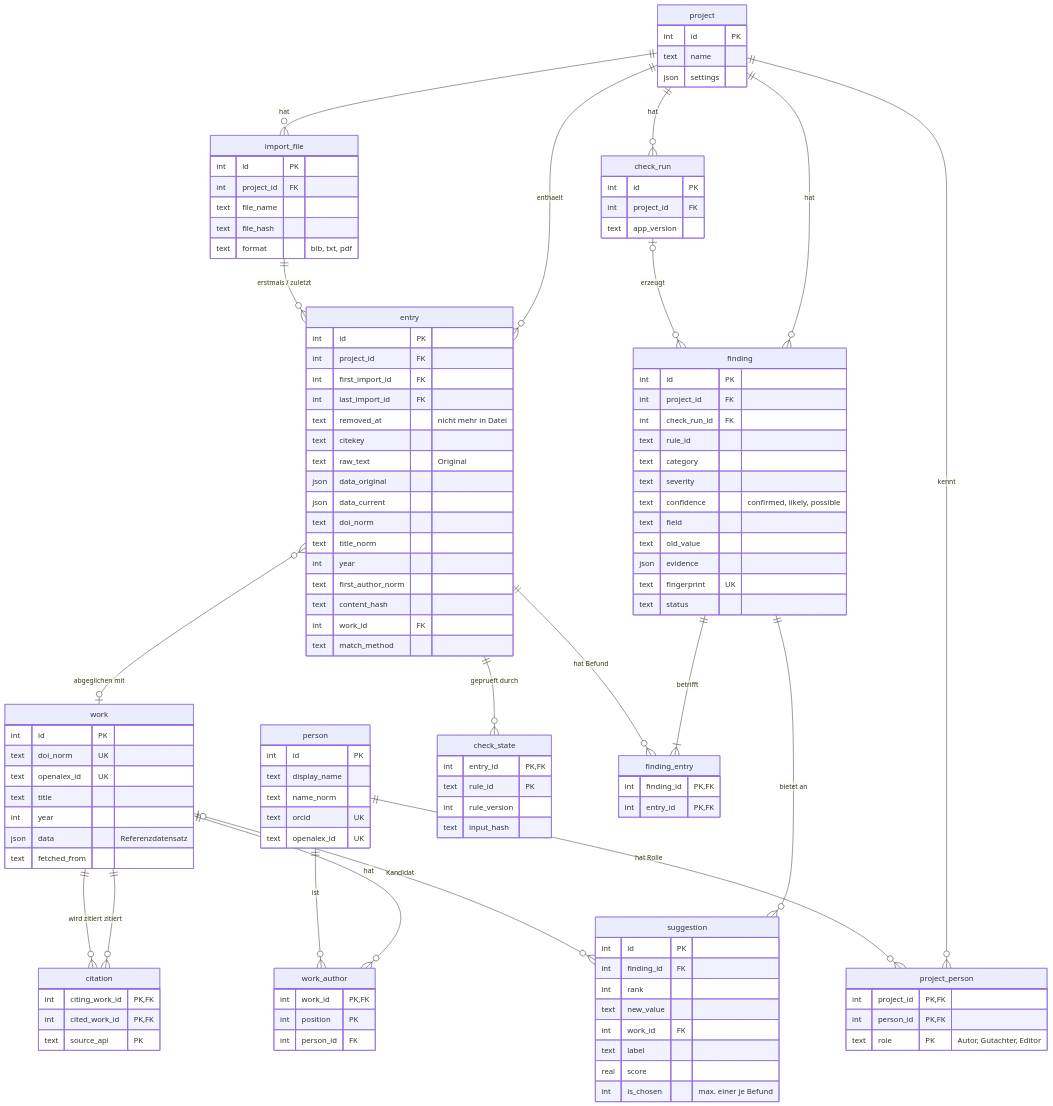
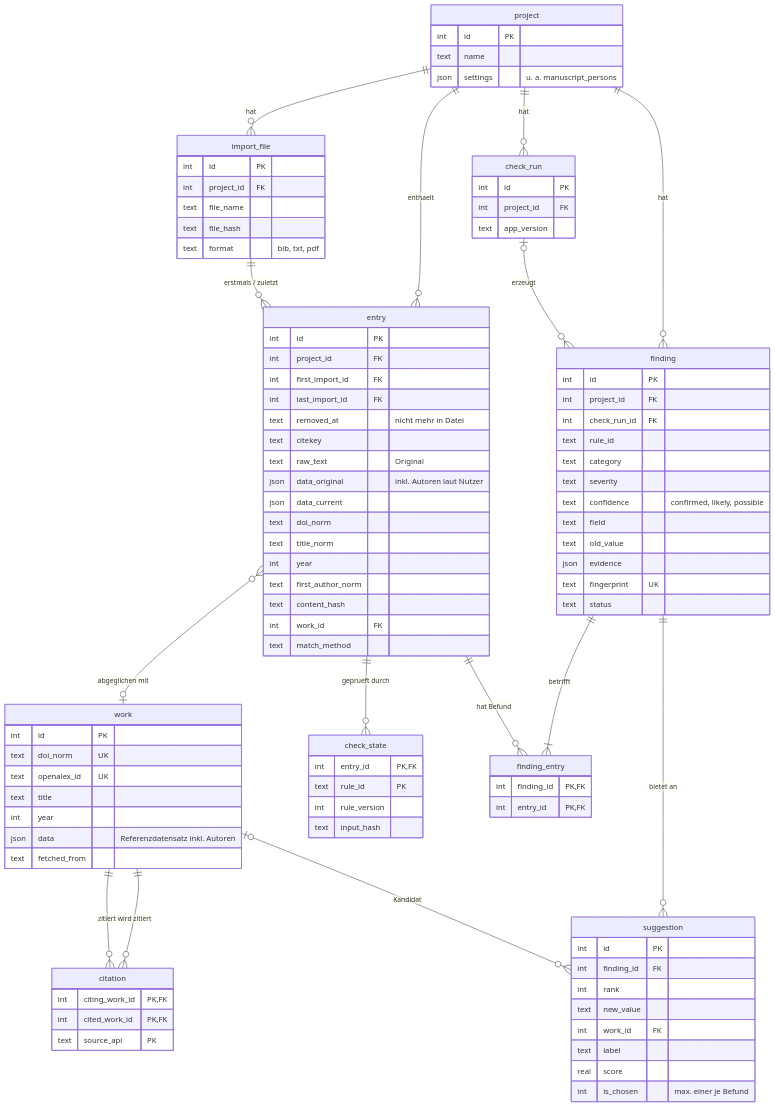
The second of 2 diagrams in README.md (DHBW-BOBR/BOBR), drawn with Mermaid before and after one commit.

Commit message:
Refactor database schema in README
Removed unnecessary relationships and clarified JSON fields in the database schema.

```diff
--- a/README.md
+++ b/README.md
@@ -139,12 +139,8 @@
   project ||--o{ entry : "enthaelt"
   import_file ||--o{ entry : "erstmals / zuletzt"
   entry }o--o| work : "abgeglichen mit"
-  work ||--o{ work_author : "hat"
-  person ||--o{ work_author : "ist"
   work ||--o{ citation : "zitiert"
   work ||--o{ citation : "wird zitiert"
-  project ||--o{ project_person : "kennt"
-  person ||--o{ project_person : "hat Rolle"
   project ||--o{ check_run : "hat"
   entry ||--o{ check_state : "geprueft durch"
   project ||--o{ finding : "hat"
@@ -156,7 +152,7 @@
   project {
     int id PK
     text name
-    json settings
+    json settings "u. a. manuscript_persons"
   }
   import_file {
     int id PK
@@ -173,7 +169,7 @@
     text removed_at "nicht mehr in Datei"
     text citekey
     text raw_text "Original"
-    json data_original
+    json data_original "inkl. Autoren laut Nutzer"
     json data_current
     text doi_norm
     text title_norm
@@ -189,30 +185,13 @@
     text openalex_id UK
     text title
     int year
-    json data "Referenzdatensatz"
+    json data "Referenzdatensatz inkl. Autoren"
     text fetched_from
-  }
-  person {
-    int id PK
-    text display_name
-    text name_norm
-    text orcid UK
-    text openalex_id UK
-  }
-  work_author {
-    int work_id PK, FK
-    int position PK
-    int person_id FK
   }
   citation {
     int citing_work_id PK, FK
     int cited_work_id PK, FK
     text source_api PK
-  }
-  project_person {
-    int project_id PK, FK
-    int person_id PK, FK
-    text role PK "Autor, Gutachter, Editor"
   }
   check_run {
     int id PK
```
